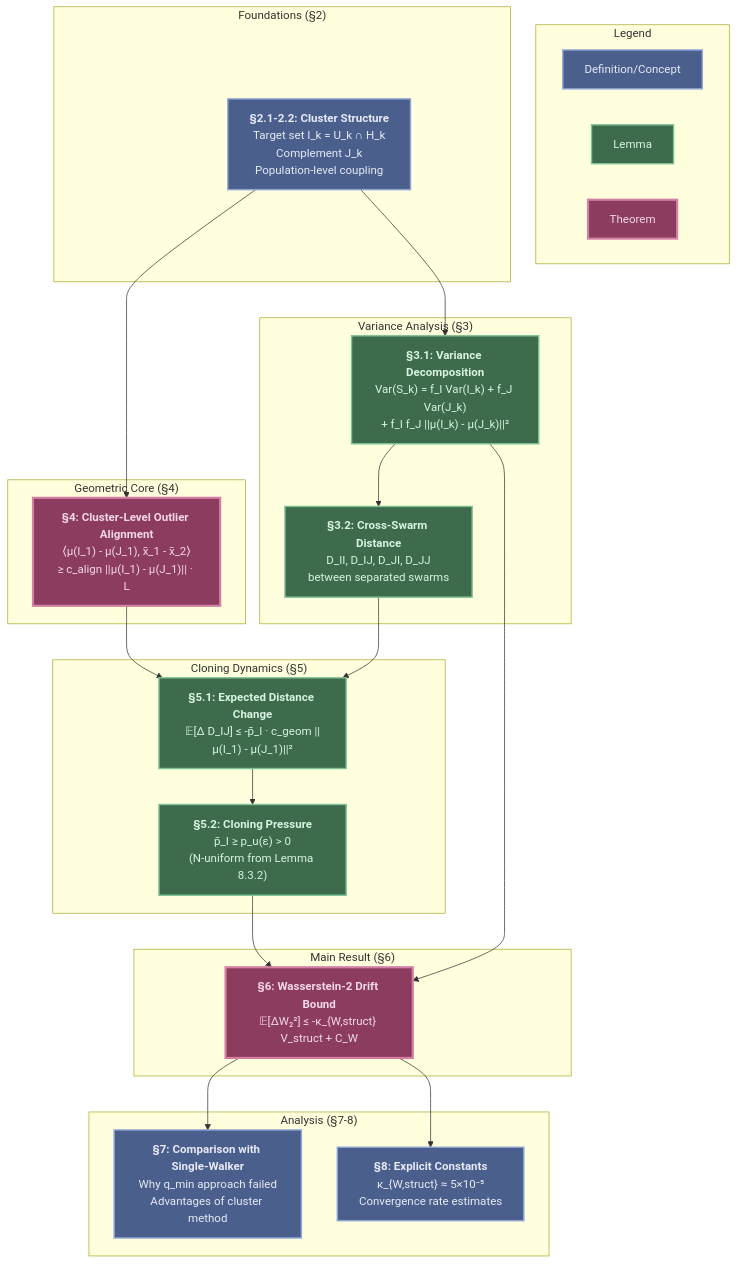
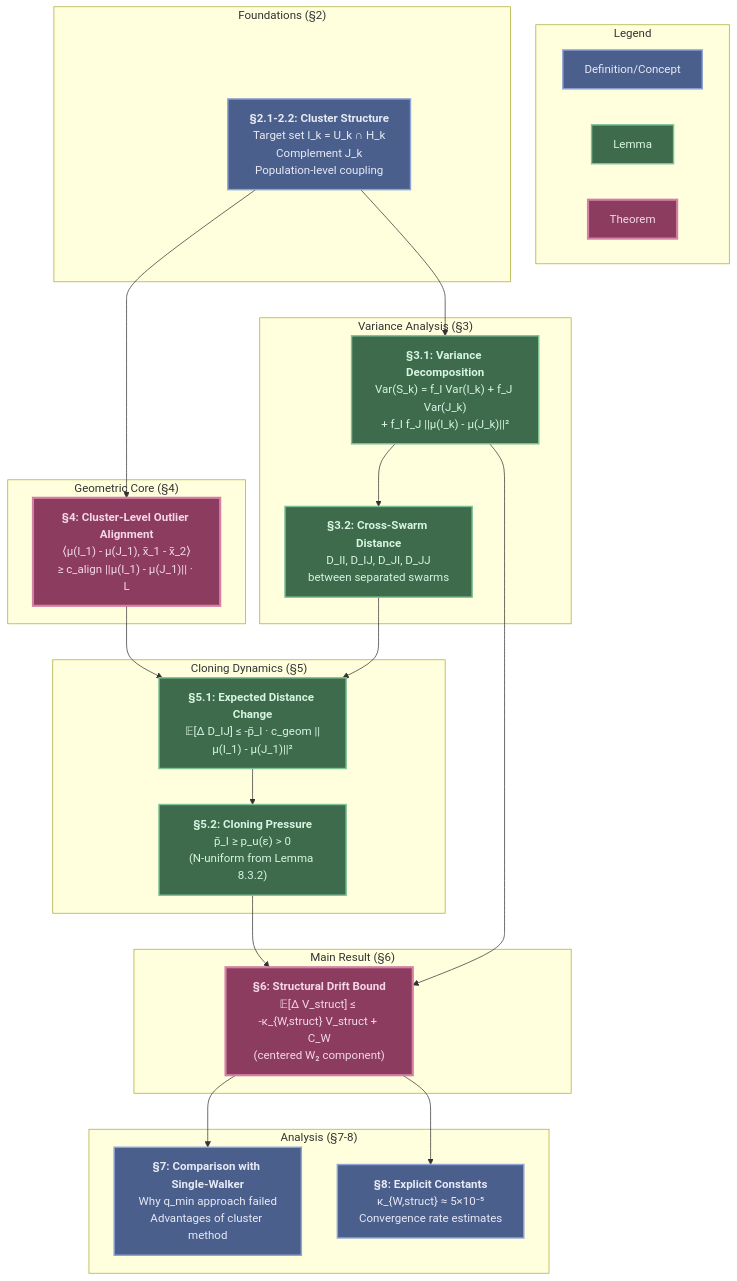
One commit to FragileTech/fragile changed the diagram in docs/source/3_fractal_gas/appendices/04_wasserstein_contraction.md. Above: the diagram before and after it, drawn with Mermaid. The commit also changed other lines of this file and 29 other files, not shown here.

````diff
--- a/docs/source/3_fractal_gas/appendices/04_wasserstein_contraction.md
+++ b/docs/source/3_fractal_gas/appendices/04_wasserstein_contraction.md
@@ -63,51 +73,51 @@
 ```{mermaid}
 graph TD
     subgraph "Legend"
         L1["Definition/Concept"]:::stateStyle
         L2["Lemma"]:::lemmaStyle
         L3["Theorem"]:::theoremStyle
     end
 
     subgraph "Foundations (§2)"
         A["<b>§2.1-2.2: Cluster Structure</b><br>Target set I_k = U_k ∩ H_k<br>Complement J_k<br>Population-level coupling"]:::stateStyle
     end
 
     subgraph "Variance Analysis (§3)"
         B["<b>§3.1: Variance Decomposition</b><br>Var(S_k) = f_I Var(I_k) + f_J Var(J_k)<br>+ f_I f_J ||μ(I_k) - μ(J_k)||²"]:::lemmaStyle
         C["<b>§3.2: Cross-Swarm Distance</b><br>D_II, D_IJ, D_JI, D_JJ<br>between separated swarms"]:::lemmaStyle
     end
 
     subgraph "Geometric Core (§4)"
         D["<b>§4: Cluster-Level Outlier Alignment</b><br>⟨μ(I_1) - μ(J_1), x̄_1 - x̄_2⟩<br>≥ c_align ||μ(I_1) - μ(J_1)|| · L"]:::theoremStyle
     end
 
     subgraph "Cloning Dynamics (§5)"
         E["<b>§5.1: Expected Distance Change</b><br>𝔼[Δ D_IJ] ≤ -p̄_I · c_geom ||μ(I_1) - μ(J_1)||²"]:::lemmaStyle
         F["<b>§5.2: Cloning Pressure</b><br>p̄_I ≥ p_u(ε) > 0<br>(N-uniform from Lemma 8.3.2)"]:::lemmaStyle
     end
 
     subgraph "Main Result (§6)"
-        G["<b>§6: Wasserstein-2 Drift Bound</b><br>𝔼[ΔW₂²] ≤ -κ_{W,struct} V_struct + C_W"]:::theoremStyle
+        G["<b>§6: Structural Drift Bound</b><br>𝔼[Δ V_struct] ≤ -κ_{W,struct} V_struct + C_W<br>(centered W₂ component)"]:::theoremStyle
     end
 
     subgraph "Analysis (§7-8)"
         H["<b>§7: Comparison with Single-Walker</b><br>Why q_min approach failed<br>Advantages of cluster method"]:::stateStyle
         I["<b>§8: Explicit Constants</b><br>κ_{W,struct} ≈ 5×10⁻⁵<br>Convergence rate estimates"]:::stateStyle
     end
 
     A --> B
     B --> C
     A --> D
     D --> E
     C --> E
     E --> F
     F --> G
     B --> G
     G --> H
     G --> I
 
     classDef stateStyle fill:#4a5f8c,stroke:#8fa4d4,stroke-width:2px,color:#e8eaf6
     classDef axiomStyle fill:#8c6239,stroke:#d4a574,stroke-width:2px,stroke-dasharray: 5 5,color:#f4e8d8
     classDef lemmaStyle fill:#3d6b4b,stroke:#7fc296,stroke-width:2px,color:#d8f4e3
     classDef theoremStyle fill:#8c3d5f,stroke:#d47fa4,stroke-width:3px,color:#f4d8e8
 ```
````
